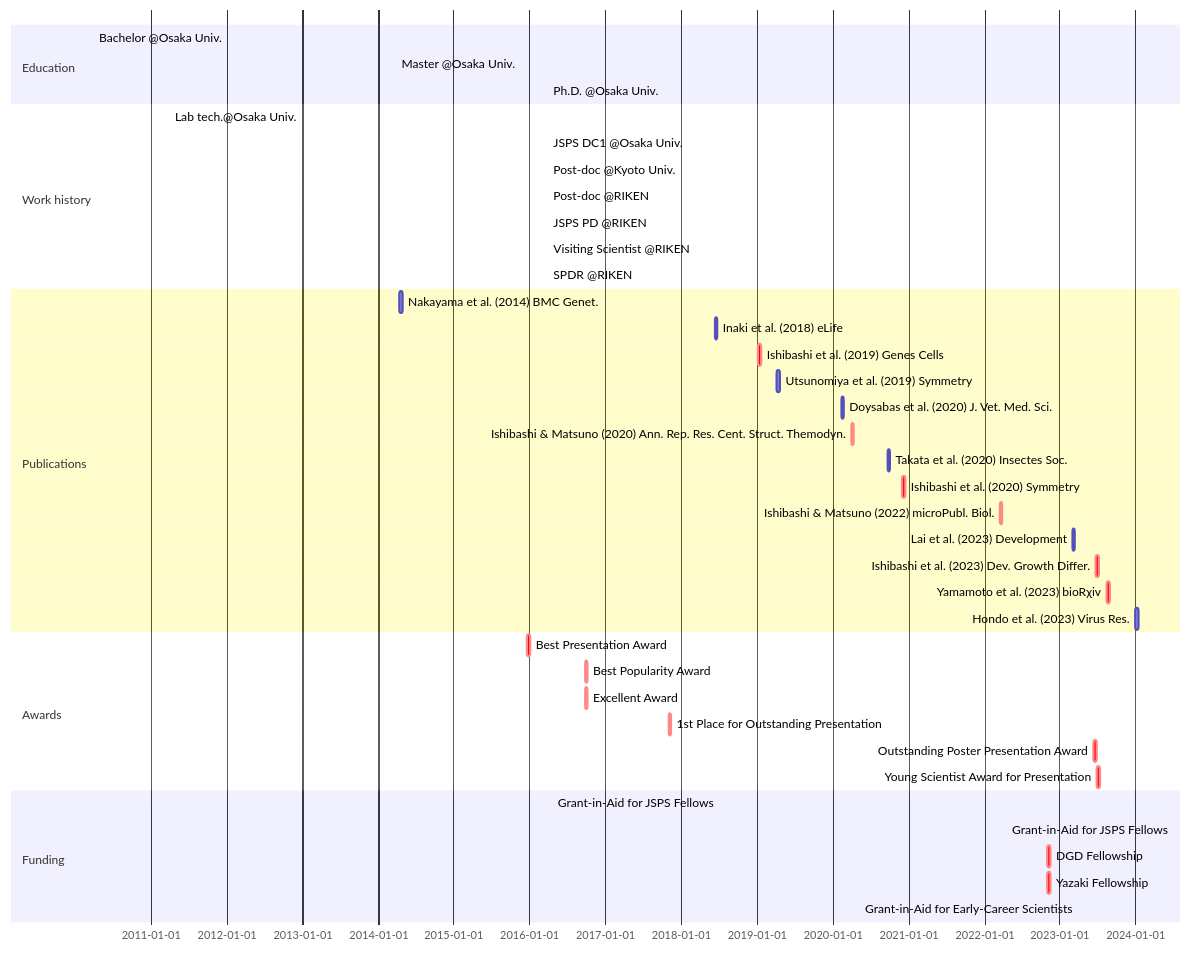
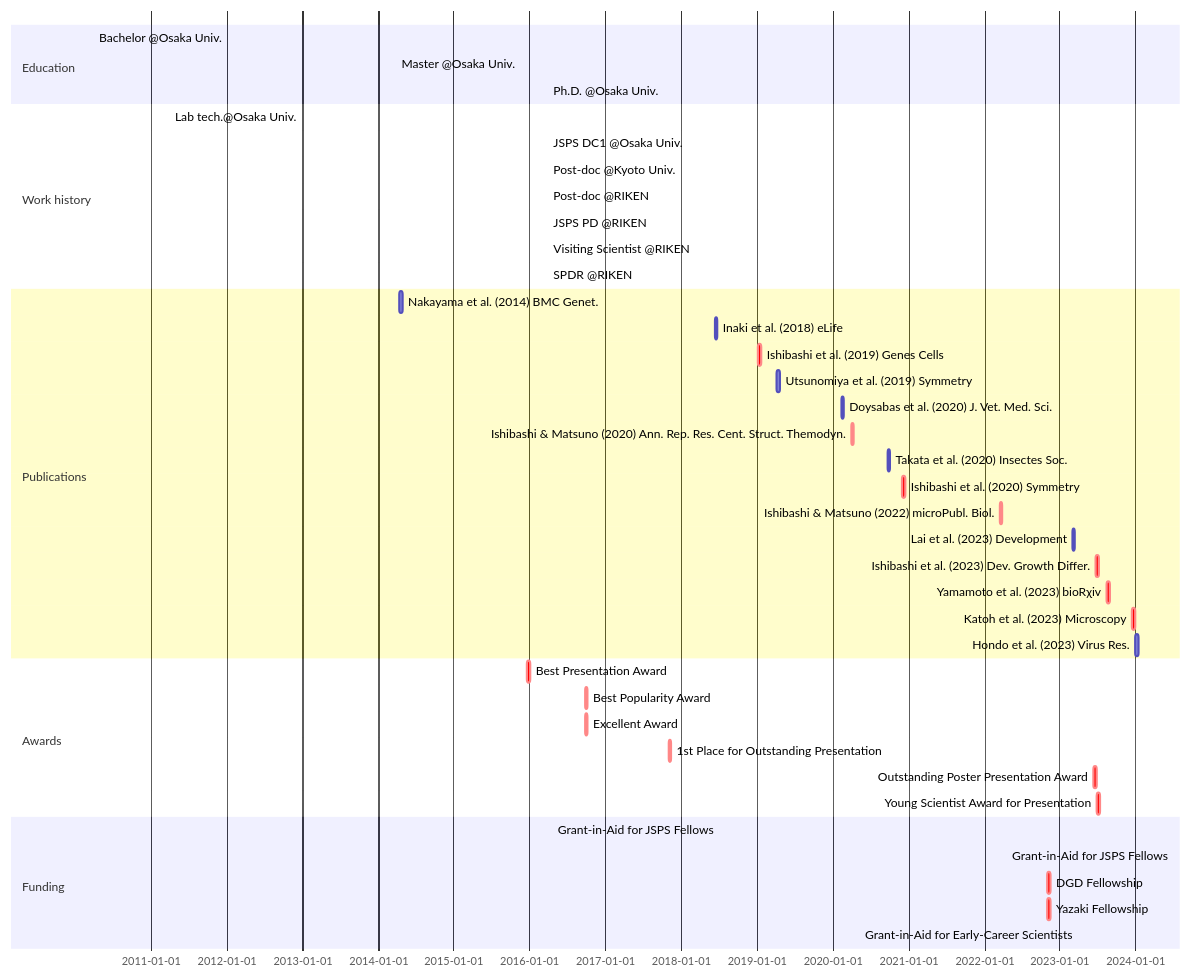
The diagram in _includes/mermaid-cv.md (ishibaki/ishibaki.github.io), drawn with Mermaid before and after one commit.

````diff
--- a/_includes/mermaid-cv.md
+++ b/_includes/mermaid-cv.md
@@ -1,42 +1,43 @@
 ```mermaid
 gantt
 section Education
   Bachelor @Osaka Univ. : BS, 2010-04-01, 2014-03-25
   Master @Osaka Univ.   : MS, 2014-04-01, 2016-03-28
   Ph.D. @Osaka Univ.    : Ph.D., 2016-04-01, 2019-03-25
 section Work history
   Lab tech.@Osaka Univ.     : done, OU-tech, 2011-04-01, 2012-03-31
   JSPS DC1 @Osaka Univ.     : done, DC1, 2016-04-01, 2019-03-31
   Post-doc @Kyoto Univ.     : done, KU-postdoc, after DC1, 2021-04-30
   Post-doc @RIKEN           : done, RIKEN-postdoc, after KU-postdoc, 2022-03-31
   JSPS PD @RIKEN            : done, PD, after RIKEN-postdoc, 2023-03-31
   Visiting Scientist @RIKEN : done, Visit-Sci, after RIKEN-postdoc, 2023-03-31
   SPDR @RIKEN               : active, SPDR, after PD, 2026-03-31
 section Publications
   Nakayama et al. (2014) BMC Genet.           :       nakayama2014, 2014-04-16, 2w
   Inaki et al. (2018) eLife                   :       inaki2018, 2018-06-12, 2w
   Ishibashi et al. (2019) Genes Cells         : crit, ishibashi2019, 2019-01-09, 2w
   Utsunomiya et al. (2019) Symmetry           :       utsunomiya2019, 2019-04-08, 2w
   Doysabas et al. (2020) J. Vet. Med. Sci.    :       doysabas2020, 2020-02-12, 2w
   Ishibashi & Matsuno (2020) Ann. Rep. Res. Cent. Struct. Themodyn. : crit, ishibashi2020a, 2020-04-01, 2w
   Takata et al. (2020) Insectes Soc.          :       takata2020, 2020-09-22, 2w
   Ishibashi et al. (2020) Symmetry            : crit, ishibashi2020b, 2020-12-02, 2w
   Ishibashi & Matsuno (2022) microPubl. Biol. : crit, ishibashi2022, 2022-03-18, 2w
   Lai et al. (2023) Development               :       lai2023, 2023-03-02, 2w
   Ishibashi et al. (2023) Dev. Growth Differ. : crit, ishibashi2023, 2023-06-25, 2w
   Yamamoto et al. (2023) bioRχiv              : crit, yamamoto2023, 2023-08-16, 2w
+  Katoh et al. (2023) Microscopy              : crit, katoh2023, 2023-12-15, 2w
   Hondo et al. (2023) Virus Res.              :       hondo2024, 2024-01-02, 2w
 section Awards
   Best Presentation Award                  : crit, aw_1, 2015-12-20, 2w
   Best Popularity Award                    : crit, aw_2, 2016-09-25, 2w
   Excellent Award                          : crit, aw_3, 2016-09-25, 2w
   1st Place for Outstanding Presentation   : crit, aw_4, 2017-11-01, 2w
   Outstanding Poster Presentation Award    : crit, aw_5, 2023-06-15, 2w
   Young Scientist Award for Presentation   : crit, aw_6, 2023-06-29, 2w
 section Funding
   Grant-in-Aid for JSPS Fellows : done, grant_DC1, 2016-04-22, 2019-03-31
   Grant-in-Aid for JSPS Fellows : active, grant_PD, 2022-04-22, 2025-03-31
   DGD Fellowship:                 crit, dgd_fellowship, 2022-11-04, 2w
   Yazaki Fellowship:              crit, yazaki_fellowship, 2022-11-04, 2w
   Grant-in-Aid for Early-Career Scientists : active, grant_ecs2023, 2023-04-01, 2026-03-31
 ```
````
